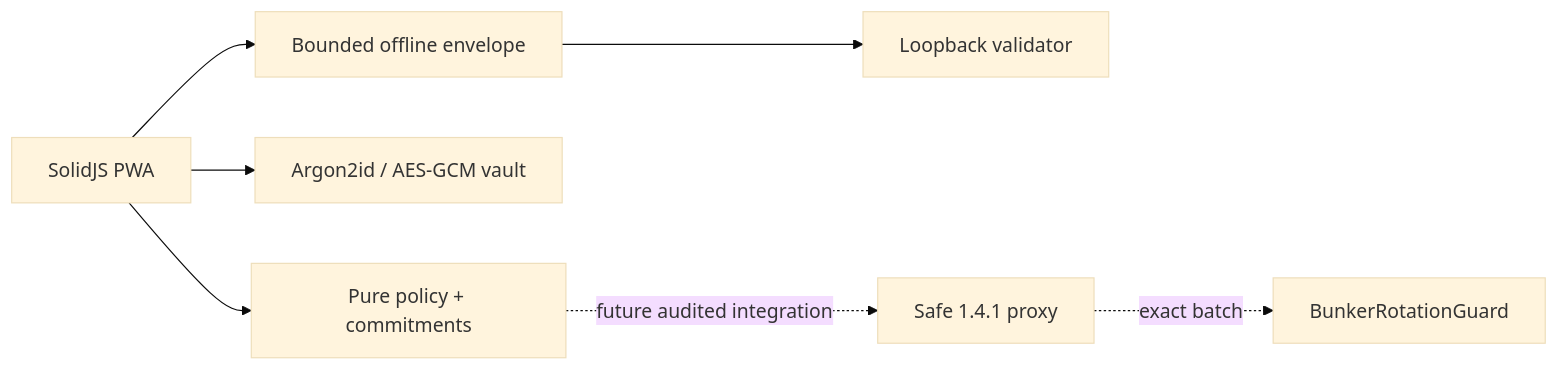
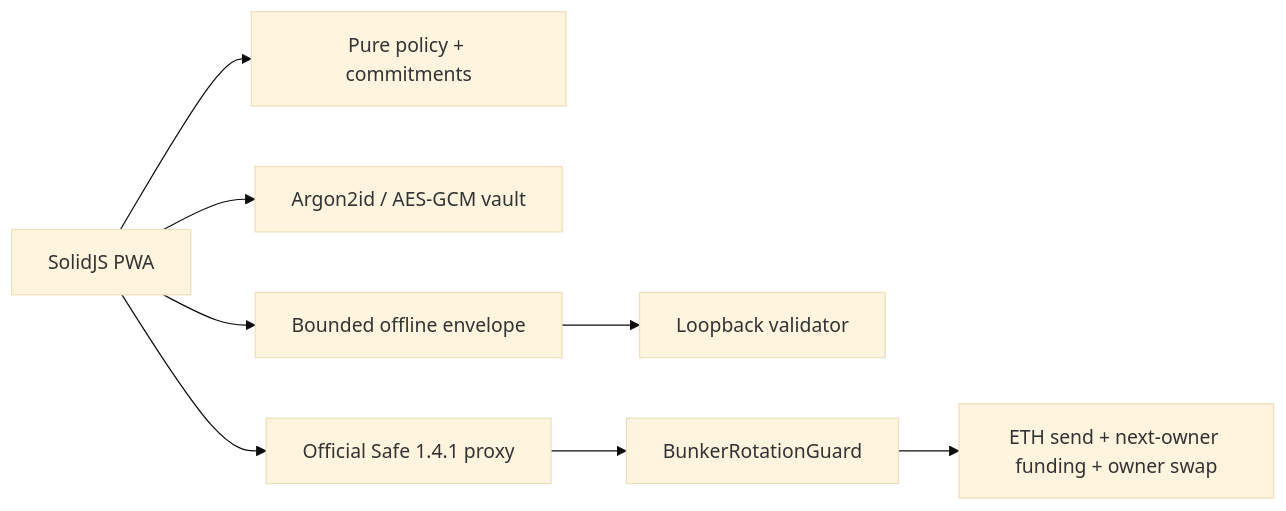
The diagram in docs/architecture.md (SilentCicero/bunker-wallet), drawn with Mermaid (base theme) before and after one commit. The commit also changed other lines of this file and 28 other files, not shown here.

````diff
--- a/docs/architecture.md
+++ b/docs/architecture.md
@@ -3,9 +3,10 @@
 ```mermaid
 flowchart LR
   UI[SolidJS PWA] --> Core[Pure policy + commitments]
   UI --> Vault[Argon2id / AES-GCM vault]
   UI --> File[Bounded offline envelope]
   File --> Relay[Loopback validator]
-  Core -. future audited integration .-> Safe[Safe 1.4.1 proxy]
-  Safe -. exact batch .-> Guard[BunkerRotationGuard]
+  UI --> Safe[Official Safe 1.4.1 proxy]
+  Safe --> Guard[BunkerRotationGuard]
+  Guard --> Batch[ETH send + next-owner funding + owner swap]
 ```
````
